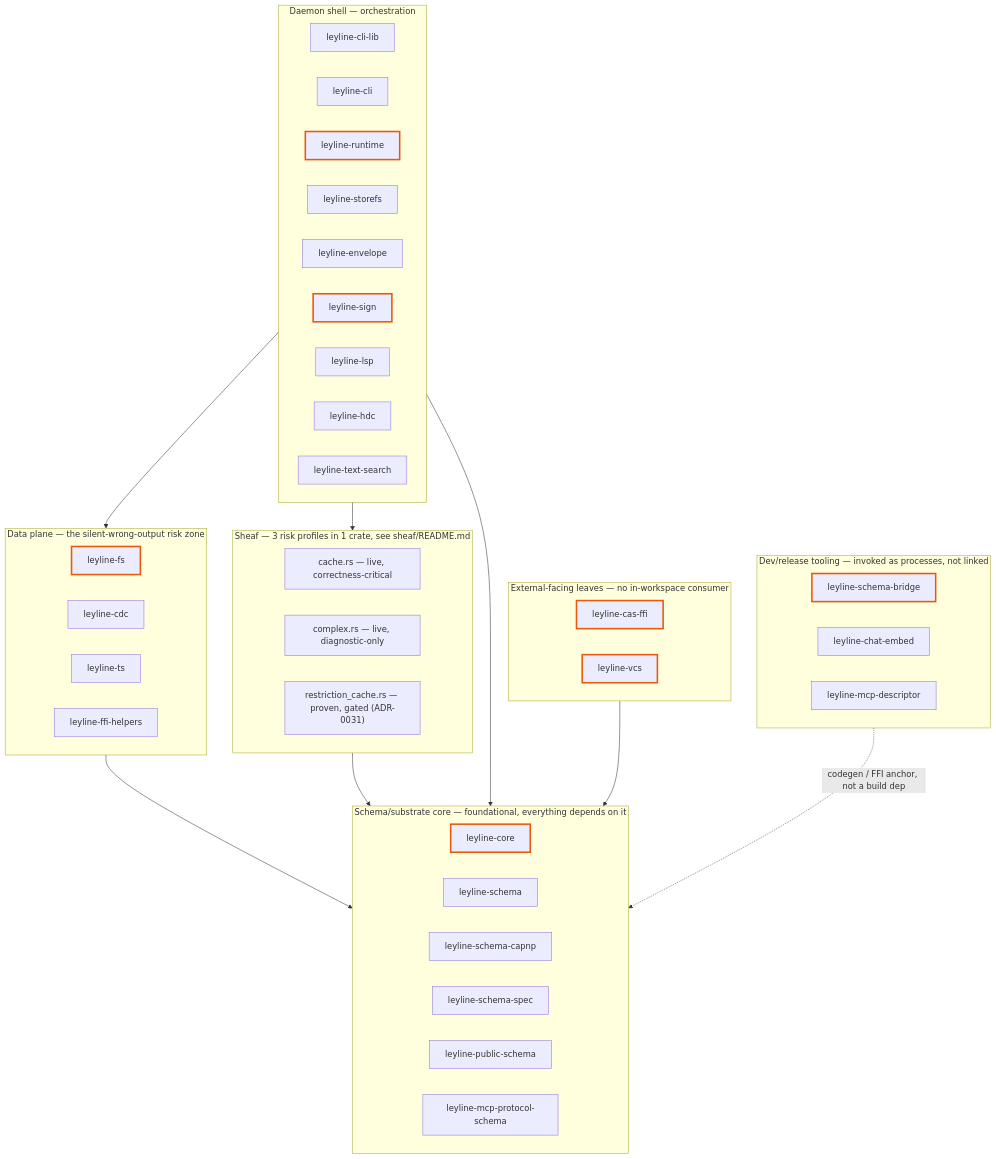
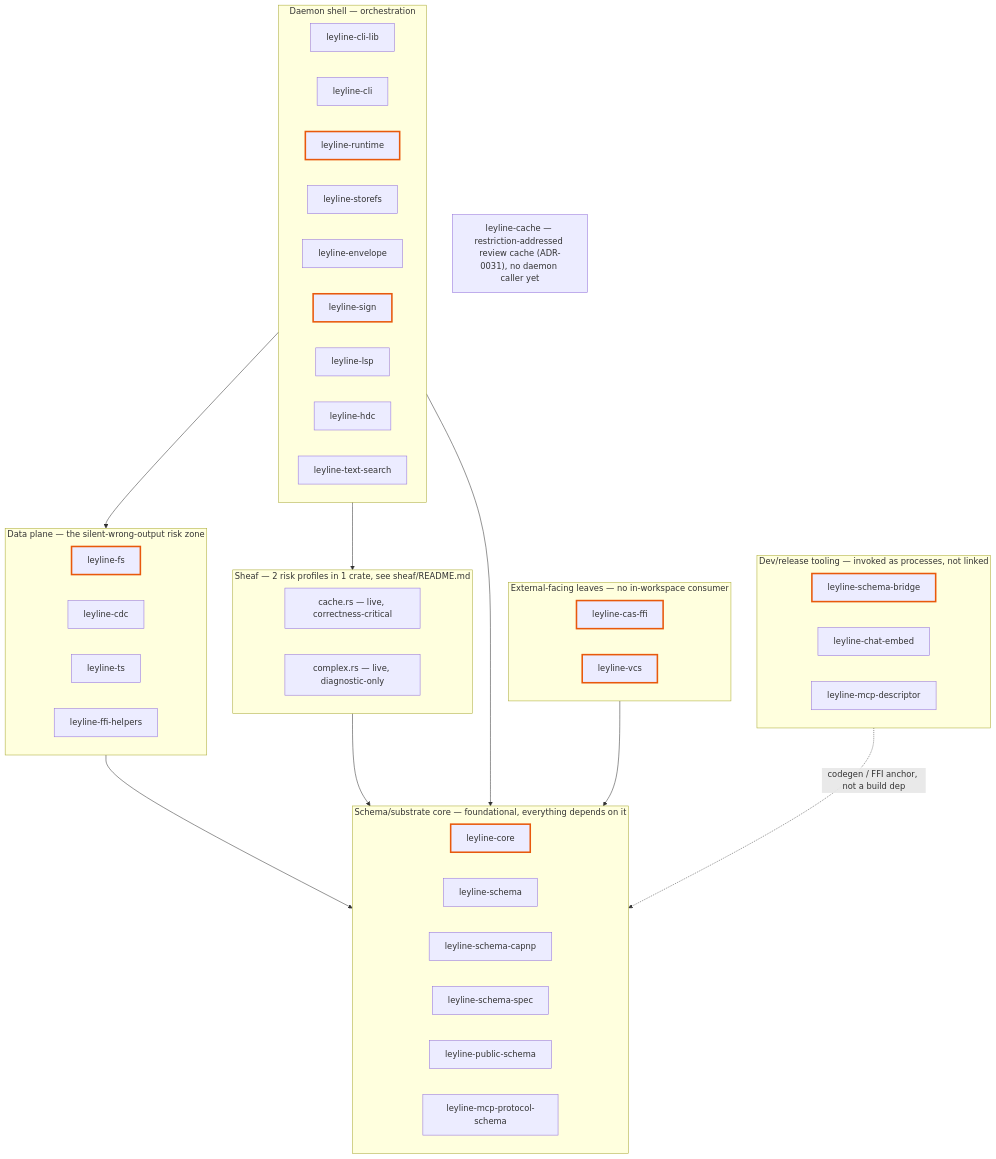
One commit to agentic-research/ley-line-open changed the diagram in rs/README.md. Above: the diagram before and after it, drawn with Mermaid. The commit also changed other lines of this file and 134 other files, not shown here.

````diff
--- a/rs/README.md
+++ b/rs/README.md
@@ -44,58 +45,59 @@
 ```mermaid
 graph TD
     subgraph Substrate["Schema/substrate core — foundational, everything depends on it"]
         core[leyline-core]
         schema[leyline-schema]
         capnp[leyline-schema-capnp]
         spec[leyline-schema-spec]
         pubschema[leyline-public-schema]
         mcpproto[leyline-mcp-protocol-schema]
     end
 
     subgraph DataPlane["Data plane — the silent-wrong-output risk zone"]
         fs[leyline-fs]
         cdc[leyline-cdc]
         ts[leyline-ts]
         ffi[leyline-ffi-helpers]
     end
 
-    subgraph Sheaf["Sheaf — 3 risk profiles in 1 crate, see sheaf/README.md"]
+    subgraph Sheaf["Sheaf — 2 risk profiles in 1 crate, see sheaf/README.md"]
         sheafcache["cache.rs — live, correctness-critical"]
         sheafcomplex["complex.rs — live, diagnostic-only"]
-        sheafgated["restriction_cache.rs — proven, gated (ADR-0031)"]
     end
+
+    restrictioncache["leyline-cache — restriction-addressed review cache (ADR-0031), no daemon caller yet"]
 
     subgraph DaemonShell["Daemon shell — orchestration"]
         clilib[leyline-cli-lib]
         cli[leyline-cli]
         runtime[leyline-runtime]
         storefs[leyline-storefs]
         envelope[leyline-envelope]
         sign[leyline-sign]
         lsp[leyline-lsp]
         hdc[leyline-hdc]
         textsearch[leyline-text-search]
     end
 
     subgraph ExternalLeaves["External-facing leaves — no in-workspace consumer"]
         casffi[leyline-cas-ffi]
         vcs[leyline-vcs]
     end
 
     subgraph Tools["Dev/release tooling — invoked as processes, not linked"]
         schemabridge[leyline-schema-bridge]
         chatembed[leyline-chat-embed]
         mcpdesc[leyline-mcp-descriptor]
     end
 
     DataPlane --> Substrate
     Sheaf --> Substrate
     DaemonShell --> DataPlane
     DaemonShell --> Sheaf
     DaemonShell --> Substrate
     ExternalLeaves --> Substrate
     Tools -.->|codegen / FFI anchor, not a build dep| Substrate
 
     classDef external stroke:#e8590c,stroke-width:3px
     class fs,runtime,sign,core,casffi,vcs,schemabridge external
 ```
````
